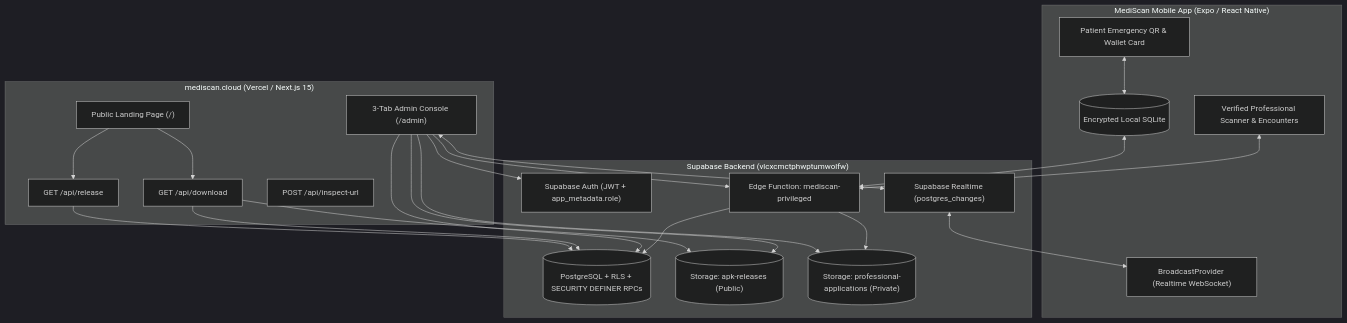
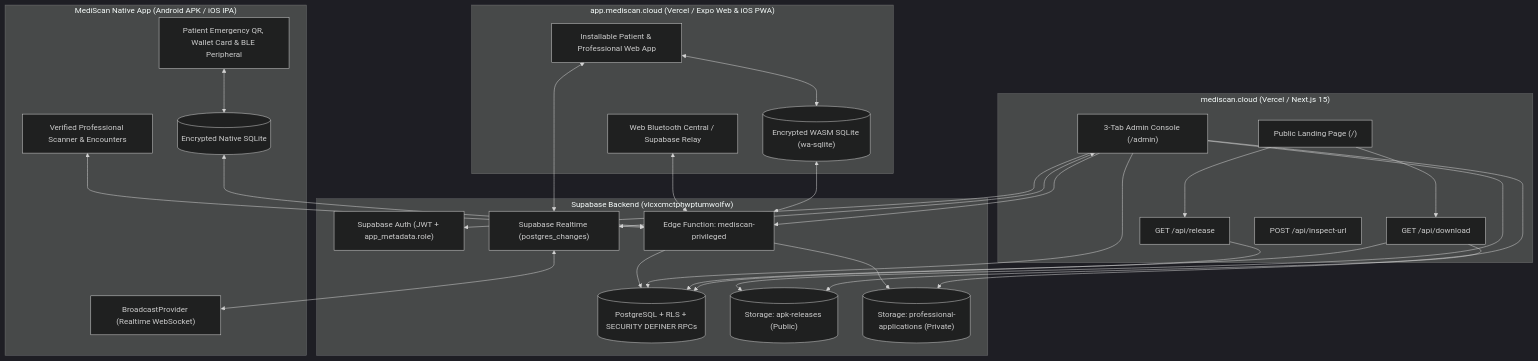
Before and after one commit to glenn-velasco/mediscan-mobile: the first of 3 diagrams in docs/SYSTEM_ARCHITECTURE.md, drawn with Mermaid (dark theme). The commit also changed other lines of this file and 56 other files, not shown here.

Commit message:
feat(web): add installable Web/iOS PWA support, web shims, and unsigned iOS IPA workflow

````diff
--- a/docs/SYSTEM_ARCHITECTURE.md
+++ b/docs/SYSTEM_ARCHITECTURE.md
@@ -13,46 +14,57 @@
 ```mermaid
 flowchart TB
   subgraph Web["mediscan.cloud (Vercel / Next.js 15)"]
     LP["Public Landing Page (/)"]
     AD["3-Tab Admin Console (/admin)"]
     API_REL["GET /api/release"]
     API_DL["GET /api/download"]
     API_INS["POST /api/inspect-url"]
   end
 
-  subgraph Mobile["MediScan Mobile App (Expo / React Native)"]
-    SQLITE[("Encrypted Local SQLite")]
-    PAT_UI["Patient Emergency QR & Wallet Card"]
+  subgraph PWA["app.mediscan.cloud (Vercel / Expo Web & iOS PWA)"]
+    WASM_SQLITE[("Encrypted WASM SQLite (wa-sqlite)")]
+    PWA_UI["Installable Patient & Professional Web App"]
+    WEB_BLE["Web Bluetooth Central / Supabase Relay"]
+  end
+
+  subgraph Mobile["MediScan Native App (Android APK / iOS IPA)"]
+    SQLITE[("Encrypted Native SQLite")]
+    PAT_UI["Patient Emergency QR, Wallet Card & BLE Peripheral"]
     PRO_UI["Verified Professional Scanner & Encounters"]
     RT_CLIENT["BroadcastProvider (Realtime WebSocket)"]
   end
 
   subgraph Supabase["Supabase Backend (vlcxcmctphwptumwolfw)"]
     AUTH["Supabase Auth (JWT + app_metadata.role)"]
     PG[("PostgreSQL + RLS + SECURITY DEFINER RPCs")]
     RT["Supabase Realtime (postgres_changes)"]
     EDGE["Edge Function: mediscan-privileged"]
     S_APK[("Storage: apk-releases (Public)")]
     S_PRC[("Storage: professional-applications (Private)")]
   end
 
   LP --> API_REL
   LP --> API_DL
   API_REL --> PG
   API_DL --> PG
   API_DL --> S_APK
 
   AD --> AUTH
   AD --> PG
   AD --> EDGE
   AD --> S_APK
   AD --> S_PRC
   AD <--> RT
 
+  PWA_UI <--> WASM_SQLITE
+  WASM_SQLITE <--> EDGE
+  WEB_BLE <--> EDGE
+  PWA_UI <--> RT
+
   PAT_UI <--> SQLITE
   SQLITE <--> EDGE
   PRO_UI <--> EDGE
   EDGE --> PG
   EDGE --> S_PRC
   RT <--> RT_CLIENT
 ```
````
